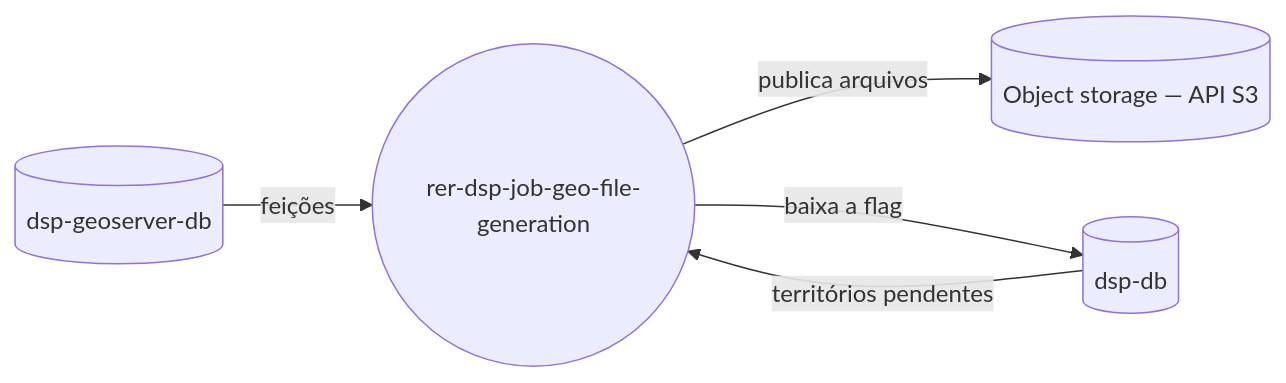
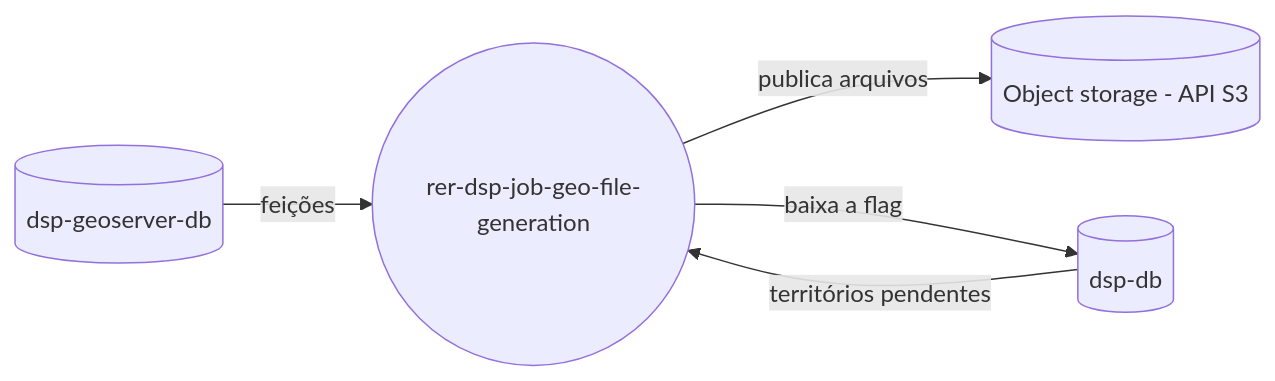
Before and after one commit to kleber-albino/rer-dsp-job-geo-file-generation: the diagram in README.md, drawn with Mermaid. The commit also changed other lines of this file and 11 other files, not shown here.

````diff
--- a/README.md
+++ b/README.md
@@ -9,12 +9,12 @@
 ```mermaid
 flowchart LR
     GeoDb[(dsp-geoserver-db)]
     DspDb[(dsp-db)]
     Job((rer-dsp-job-geo-file-generation))
-    Storage[(Object storage — API S3)]
+    Storage[(Object storage - API S3)]
 
     DspDb -- territórios pendentes --> Job
     GeoDb -- feições --> Job
     Job -- publica arquivos --> Storage
     Job -- baixa a flag --> DspDb
 ```
````
